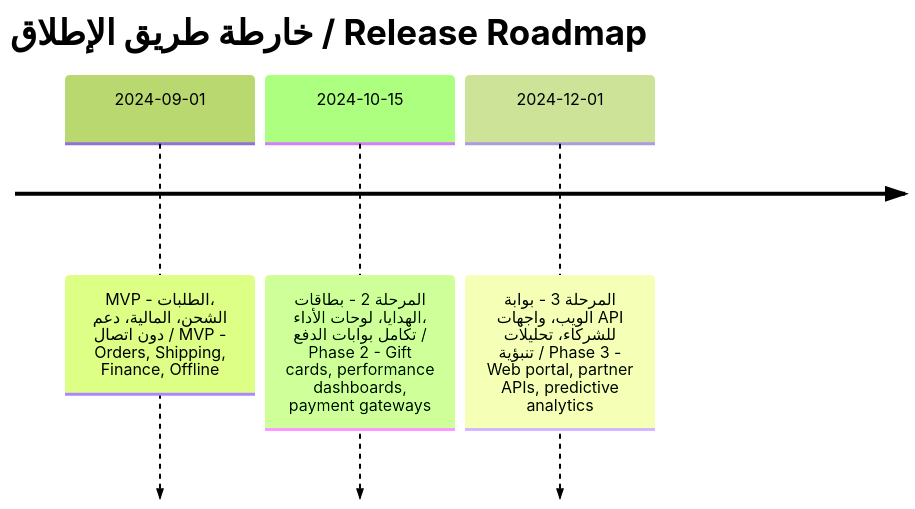
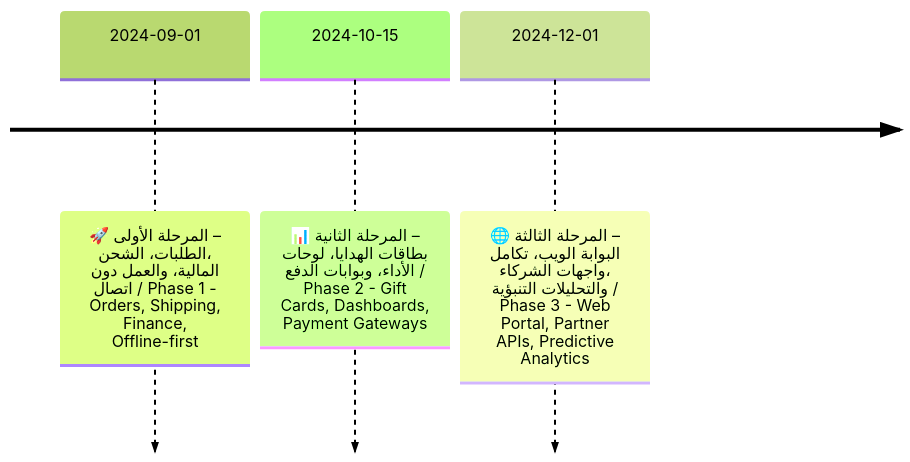
Before and after one commit to Ash69g/Documentation-Study: the fifth of 5 diagrams in docs/01-vision/01-vision.md, drawn with Mermaid (forest theme). The commit also changed other lines of this file and 15 other files, not shown here.

````diff
--- a/docs/01-vision/01-vision.md
+++ b/docs/01-vision/01-vision.md
@@ -307,7 +338,7 @@
 ```mermaid
 timeline
-  title خارطة طريق الإطلاق / Release Roadmap
-  2024-09-01 : MVP - الطلبات، الشحن، المالية، دعم دون اتصال / MVP - Orders, Shipping, Finance, Offline
-  2024-10-15 : المرحلة 2 - بطاقات الهدايا، لوحات الأداء، تكامل بوابات الدفع / Phase 2 - Gift cards, performance dashboards, payment gateways
-  2024-12-01 : المرحلة 3 - بوابة الويب، واجهات API للشركاء، تحليلات تنبؤية / Phase 3 - Web portal, partner APIs, predictive analytics
+
+  2024-09-01 : 🚀 المرحلة الأولى – الطلبات، الشحن، المالية، والعمل دون اتصال / Phase 1 - Orders, Shipping, Finance, Offline-first
+  2024-10-15 : 📊 المرحلة الثانية – بطاقات الهدايا، لوحات الأداء، وبوابات الدفع / Phase 2 - Gift Cards, Dashboards, Payment Gateways
+  2024-12-01 : 🌐 المرحلة الثالثة – البوابة الويب، تكامل واجهات الشركاء، والتحليلات التنبؤية / Phase 3 - Web Portal, Partner APIs, Predictive Analytics
 ```
````
